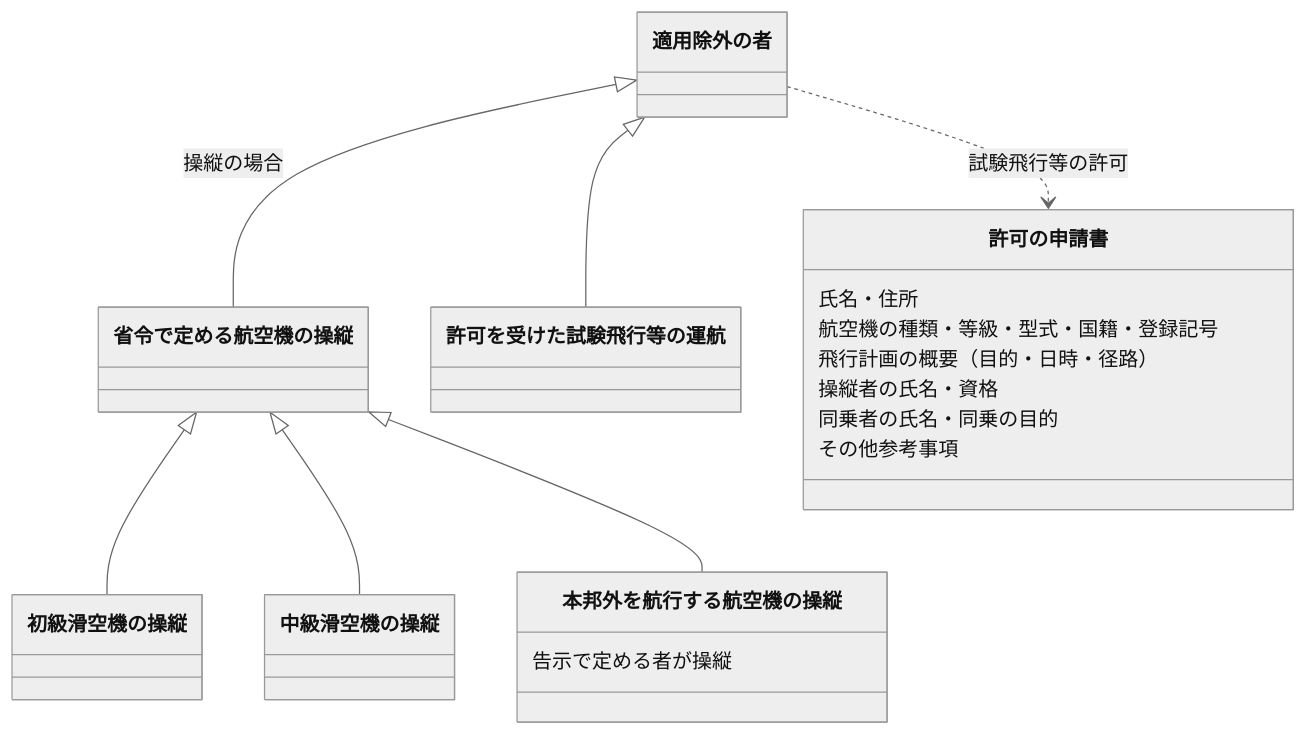
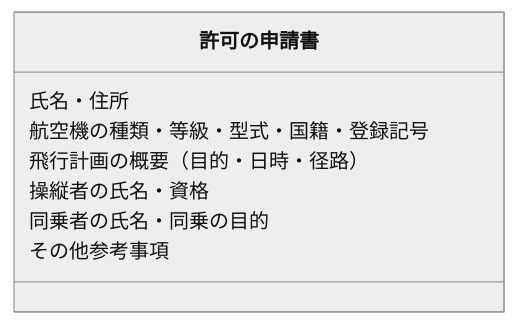
Before and after one commit to yonemotoBB/pil: diagram 17 of 19 in chapters/04_第四章.md, drawn with Mermaid (neutral theme).

Commit message:
第四章 第28条 例外②を構造図と許可申請書クラス図に分離

````diff
--- a/chapters/04_第四章.md
+++ b/chapters/04_第四章.md
@@ -457,24 +475,11 @@
 ```mermaid
 classDiagram
-    適用除外の者 <|-- 省令で定める航空機の操縦 : 操縦の場合
-    適用除外の者 <|-- 許可を受けた試験飛行等の運航
-    
-    省令で定める航空機の操縦 <|-- 初級滑空機の操縦
-    省令で定める航空機の操縦 <|-- 中級滑空機の操縦
-    省令で定める航空機の操縦 <|-- 本邦外を航行する航空機の操縦
-
-    適用除外の者 ..> 許可の申請書 : 試験飛行等の許可
-
-    class 本邦外を航行する航空機の操縦{
-        告示で定める者が操縦
-    }
-
     class 許可の申請書 {
         氏名・住所
         航空機の種類・等級・型式・国籍・登録記号
         飛行計画の概要（目的・日時・径路）
         操縦者の氏名・資格
         同乗者の氏名・同乗の目的
         その他参考事項
     }
 ```
````
